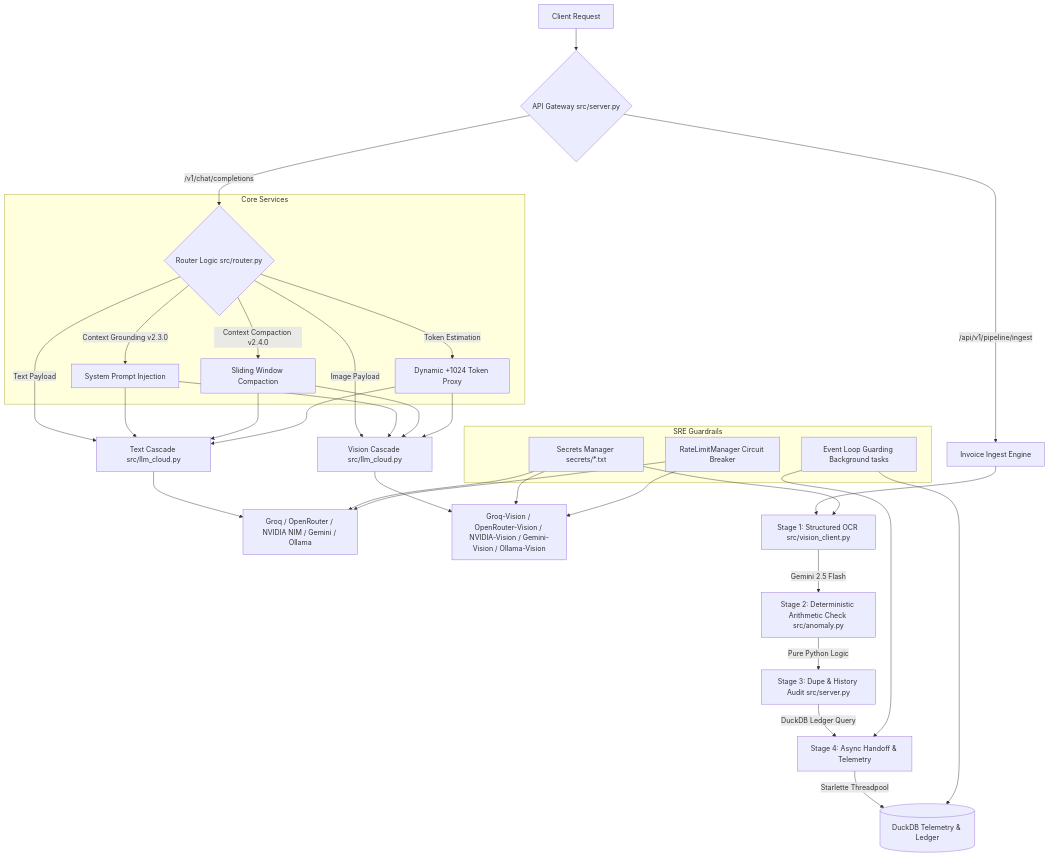
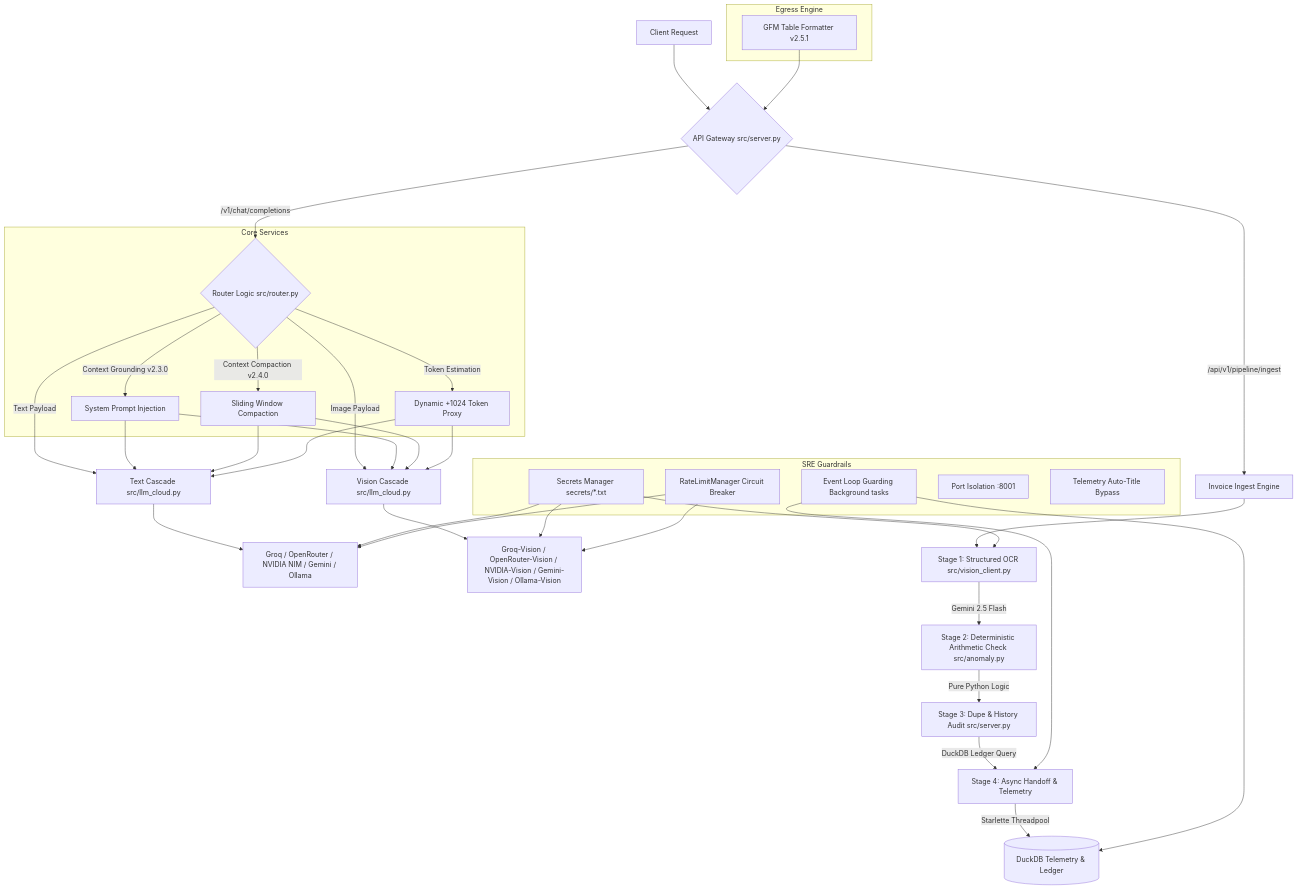
The diagram in README.md (hitanshuac/Hybrid-AI-Router-Vision), drawn with Mermaid before and after one commit. The commit also changed other lines of this file and 2 other files, not shown here.

Commit message:
docs: auto-sync showcase documentation and logs

````diff
--- a/README.md
+++ b/README.md
@@ -137,40 +137,47 @@
 ```mermaid
 graph TD
     A[Client Request] --> B{API Gateway src/server.py};
     
     %% Gateway Flow
     B -- "/v1/chat/completions" --> C{Router Logic src/router.py};
     C -- Text Payload --> D[Text Cascade src/llm_cloud.py];
     C -- Image Payload --> E[Vision Cascade src/llm_cloud.py];
     
     D --> F[Groq / OpenRouter / NVIDIA NIM / Gemini / Ollama];
     E --> G[Groq-Vision / OpenRouter-Vision / NVIDIA-Vision / Gemini-Vision / Ollama-Vision];
     
     %% Invoice Flow
     B -- "/api/v1/pipeline/ingest" --> H[Invoice Ingest Engine];
     H --> I[Stage 1: Structured OCR src/vision_client.py];
     I -- Gemini 2.5 Flash --> J[Stage 2: Deterministic Arithmetic Check src/anomaly.py];
     J -- Pure Python Logic --> K[Stage 3: Dupe & History Audit src/server.py];
     K -- DuckDB Ledger Query --> L[Stage 4: Async Handoff & Telemetry];
     L -- Starlette Threadpool --> M[(DuckDB Telemetry & Ledger)];
     
     %% Subgraphs for Services
     subgraph Core Services
         C -- Context Grounding v2.3.0 --> R[System Prompt Injection];
         C -- Context Compaction v2.4.0 --> S[Sliding Window Compaction];
         C -- Token Estimation --> U[Dynamic +1024 Token Proxy];
     end
     
     subgraph SRE Guardrails
         X[Secrets Manager secrets/*.txt]
         Y[RateLimitManager Circuit Breaker]
         Z[Event Loop Guarding Background tasks]
+        W[Port Isolation :8001]
+        V[Telemetry Auto-Title Bypass]
     end
     
+    subgraph Egress Engine
+        T[GFM Table Formatter v2.5.1]
+    end
+
     R --> D; R --> E;
     S --> D; S --> E;
     U --> D; U --> E;
     X --> F; X --> G; X --> I;
     Y --> F; Y --> G;
     Z --> L; Z --> M;
+    T --> B;
 ```
````
